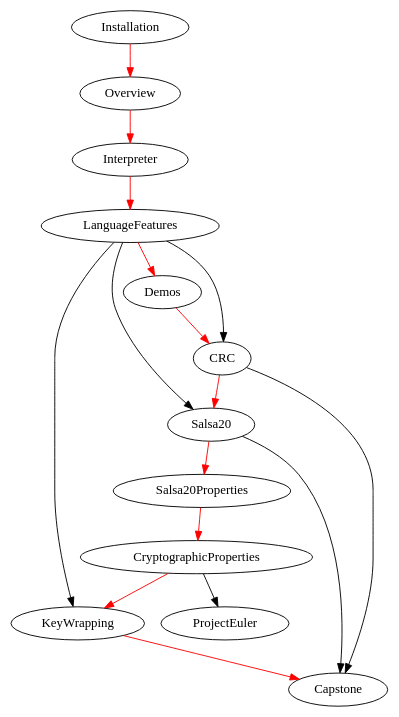
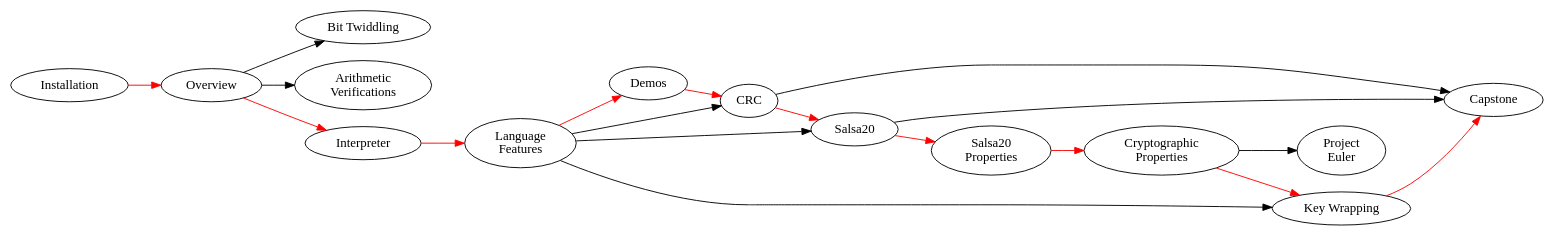
Before and after one commit to weaversa/cryptol-course: the diagram in misc/deps.gv, drawn with Graphviz. The commit also changed 3 other files, not shown here.

```diff
--- a/misc/deps.gv
+++ b/misc/deps.gv
@@ -1,24 +1,36 @@
 digraph G {
+  rankdir="LR";
 
+  // Fixing up node labels for ones that need a space
+  LanguageFeatures        [label="Language\nFeatures"];
+  Salsa20Properties       [label="Salsa20\nProperties"];
+  CryptographicProperties [label="Cryptographic\nProperties"];
+  KeyWrapping             [label="Key Wrapping"];
+  ProjectEuler            [label="Project\nEuler"];
+  BitTwiddling            [label="Bit Twiddling"];
+  ArithmeticVerifications [label="Arithmetic\nVerifications"]
+  
   // The Suggested Flow with Red Arrows
   edge [color=red];
   Installation -> Overview;
   Overview -> Interpreter;
   Interpreter -> LanguageFeatures;  
   LanguageFeatures -> Demos;
   Demos -> CRC; 
   CRC -> Salsa20;
   Salsa20 -> Salsa20Properties;
   Salsa20Properties -> CryptographicProperties; 
   CryptographicProperties -> KeyWrapping; 
   KeyWrapping -> Capstone; 
     
   // Logical Dependencies with Black Arrows
   edge [color=black];
   CryptographicProperties -> ProjectEuler;
   CRC -> Capstone;
   LanguageFeatures -> CRC;
   LanguageFeatures -> Salsa20;
   LanguageFeatures -> KeyWrapping;
-  Salsa20 -> Capstone; 
+  Salsa20 -> Capstone;
+  Overview -> BitTwiddling;
+  Overview -> ArithmeticVerifications;
 }
```
